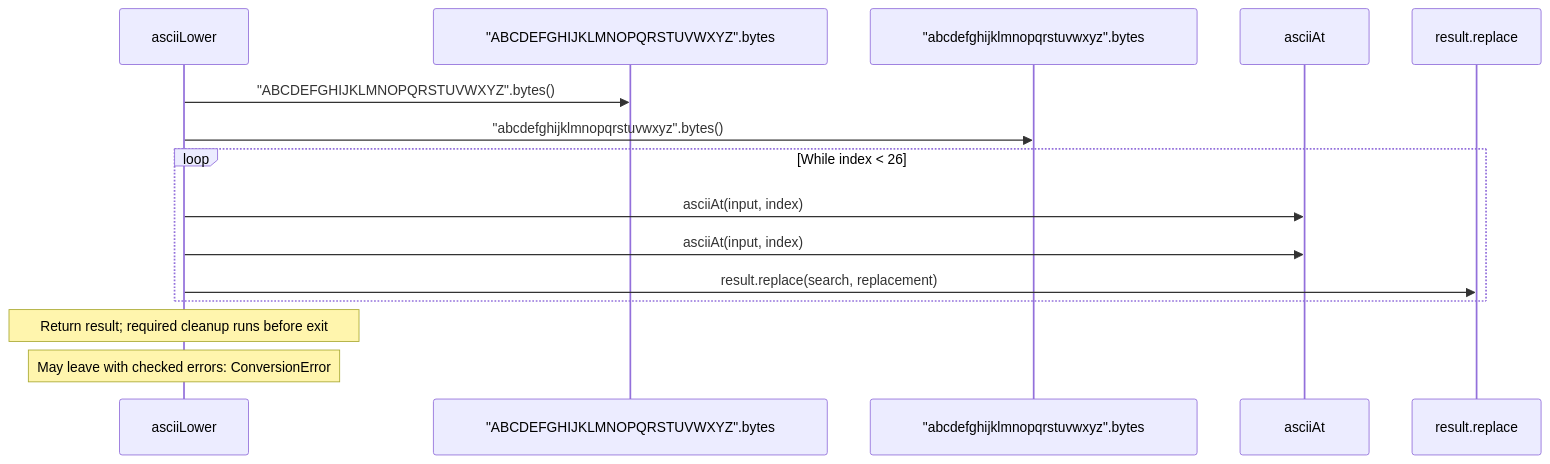
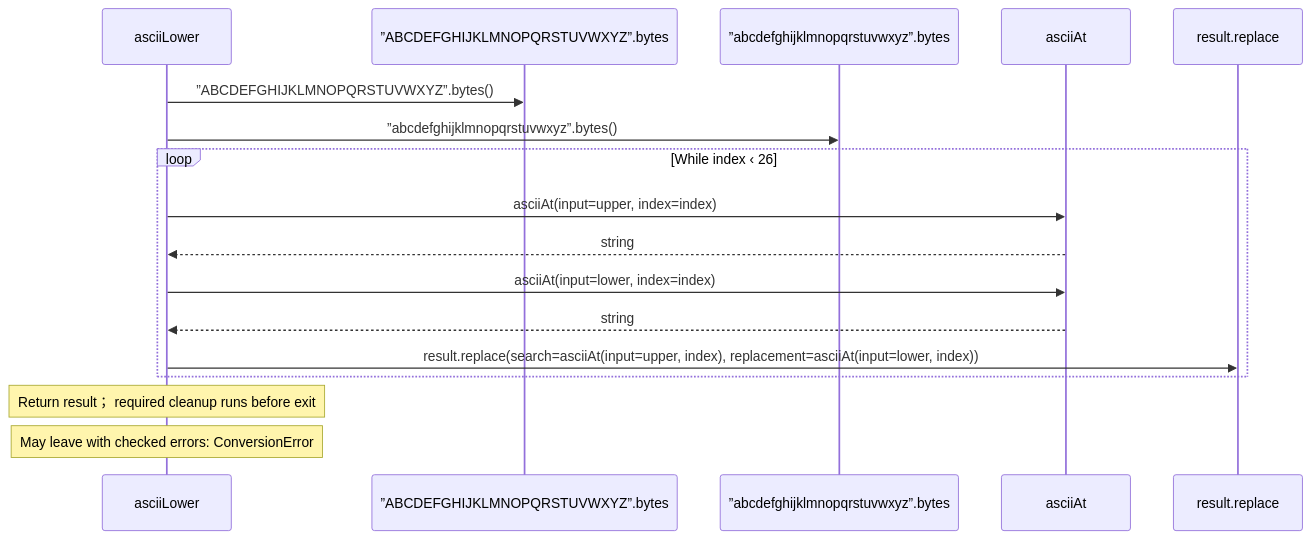
One commit to GreenPandaStudios/augscript changed the fifth of 5 diagrams in src/stdlib/values/ascii.aug.diagrams.md. Above: the diagram before and after it, drawn with Mermaid. The commit also changed other lines of this file and 524 other files, not shown here.

Commit message:
Explain checked data flow at folder and service levels

````diff
--- a/src/stdlib/values/ascii.aug.diagrams.md
+++ b/src/stdlib/values/ascii.aug.diagrams.md
@@ -95,17 +95,19 @@
 ```mermaid
 sequenceDiagram
     participant p0 as asciiLower
-    participant p1 as #34;ABCDEFGHIJKLMNOPQRSTUVWXYZ#34;.bytes
-    participant p2 as #34;abcdefghijklmnopqrstuvwxyz#34;.bytes
+    participant p1 as ”ABCDEFGHIJKLMNOPQRSTUVWXYZ”.bytes
+    participant p2 as ”abcdefghijklmnopqrstuvwxyz”.bytes
     participant p3 as asciiAt
     participant p4 as result.replace
-    p0->>p1: #34;ABCDEFGHIJKLMNOPQRSTUVWXYZ#34;.bytes()
-    p0->>p2: #34;abcdefghijklmnopqrstuvwxyz#34;.bytes()
-    loop While index #60; 26
-    p0->>p3: asciiAt(input, index)
-    p0->>p3: asciiAt(input, index)
-    p0->>p4: result.replace(search, replacement)
+    p0->>p1: ”ABCDEFGHIJKLMNOPQRSTUVWXYZ”.bytes()
+    p0->>p2: ”abcdefghijklmnopqrstuvwxyz”.bytes()
+    loop While index ‹ 26
+    p0->>p3: asciiAt(input=upper, index=index)
+    p3-->>p0: string
+    p0->>p3: asciiAt(input=lower, index=index)
+    p3-->>p0: string
+    p0->>p4: result.replace(search=asciiAt(input=upper, index), replacement=asciiAt(input=lower, index))
     end
-    Note over p0: Return result#59; required cleanup runs before exit
+    Note over p0: Return result； required cleanup runs before exit
     Note over p0: May leave with checked errors: ConversionError
 ```
````
